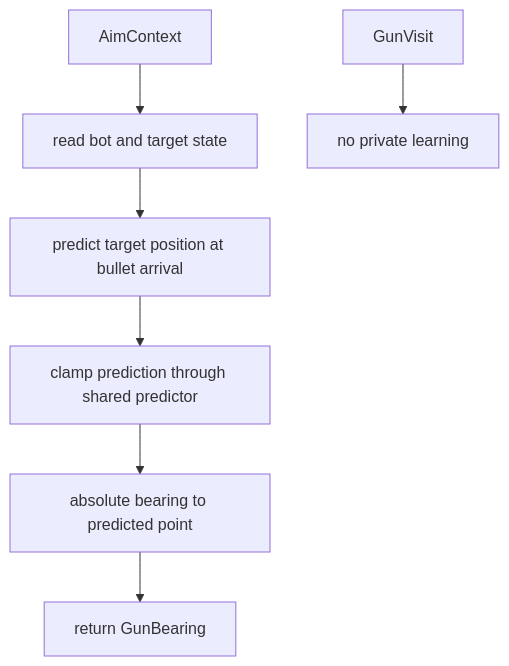
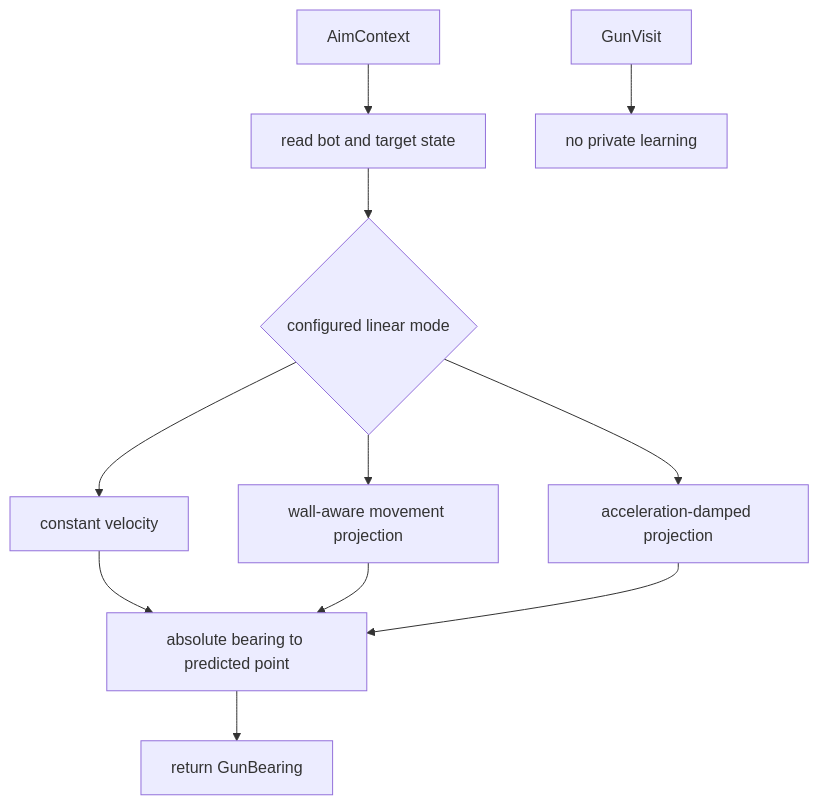
One commit to fduch-stranger/robocode-bot changed the diagram in bots/bot_core/gun/guns/linear/README.md. Above: the diagram before and after it, drawn with Mermaid. The commit also changed other lines of this file and 19 other files, not shown here.

First line of the commit message:
Add linear gun prediction variants (`linear_wall_aware`, `linear_accel_damped`) with diagnostics and telemetry updates

````diff
--- a/bots/bot_core/gun/guns/linear/README.md
+++ b/bots/bot_core/gun/guns/linear/README.md
@@ -24,9 +28,13 @@
 ```mermaid
 flowchart TD
     A["AimContext"] --> B["read bot and target state"]
-    B --> C["predict target position at bullet arrival"]
-    C --> D["clamp prediction through shared predictor"]
-    D --> E["absolute bearing to predicted point"]
-    E --> F["return GunBearing"]
-    G["GunVisit"] --> H["no private learning"]
+    B --> C{"configured linear mode"}
+    C --> D["constant velocity"]
+    C --> E["wall-aware movement projection"]
+    C --> F["acceleration-damped projection"]
+    D --> G["absolute bearing to predicted point"]
+    E --> G
+    F --> G
+    G --> H["return GunBearing"]
+    I["GunVisit"] --> J["no private learning"]
 ```
````
